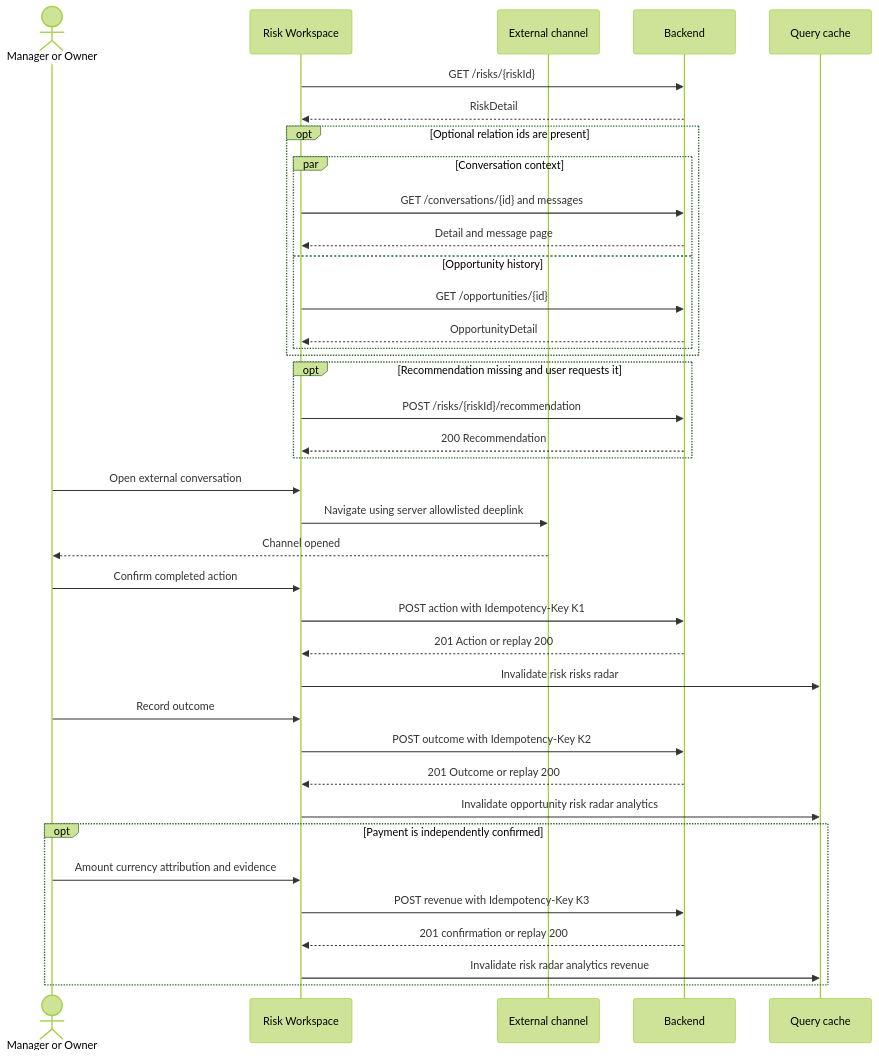
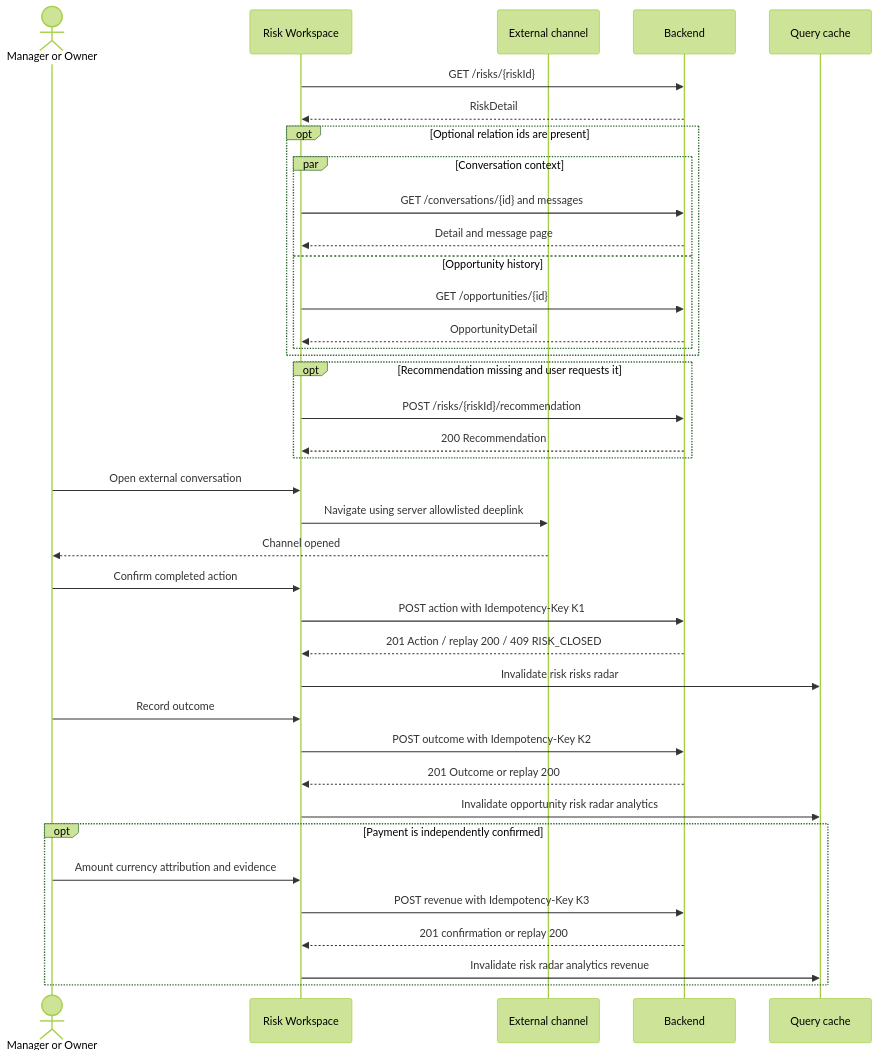
One commit to AleksandrKisler/lidradar changed the sixth of 14 diagrams in docs/front-end/05-sequence-map.md. Above: the diagram before and after it, drawn with Mermaid (forest theme). The commit also changed other lines of this file and 115 other files, not shown here.

````diff
--- a/docs/front-end/05-sequence-map.md
+++ b/docs/front-end/05-sequence-map.md
@@ -199,41 +199,41 @@
 ```mermaid
 sequenceDiagram
   actor U as Manager or Owner
   participant UI as Risk Workspace
   participant EXT as External channel
   participant API as Backend
   participant Q as Query cache
 
   UI->>API: GET /risks/{riskId}
   API-->>UI: RiskDetail
   opt Optional relation ids are present
     par Conversation context
       UI->>API: GET /conversations/{id} and messages
       API-->>UI: Detail and message page
     and Opportunity history
       UI->>API: GET /opportunities/{id}
       API-->>UI: OpportunityDetail
     end
   end
   opt Recommendation missing and user requests it
     UI->>API: POST /risks/{riskId}/recommendation
     API-->>UI: 200 Recommendation
   end
   U->>UI: Open external conversation
   UI->>EXT: Navigate using server allowlisted deeplink
   EXT-->>U: Channel opened
   U->>UI: Confirm completed action
   UI->>API: POST action with Idempotency-Key K1
-  API-->>UI: 201 Action or replay 200
+  API-->>UI: 201 Action / replay 200 / 409 RISK_CLOSED
   UI->>Q: Invalidate risk risks radar
   U->>UI: Record outcome
   UI->>API: POST outcome with Idempotency-Key K2
   API-->>UI: 201 Outcome or replay 200
   UI->>Q: Invalidate opportunity risk radar analytics
   opt Payment is independently confirmed
     U->>UI: Amount currency attribution and evidence
     UI->>API: POST revenue with Idempotency-Key K3
     API-->>UI: 201 confirmation or replay 200
     UI->>Q: Invalidate risk radar analytics revenue
   end
 ```
````
